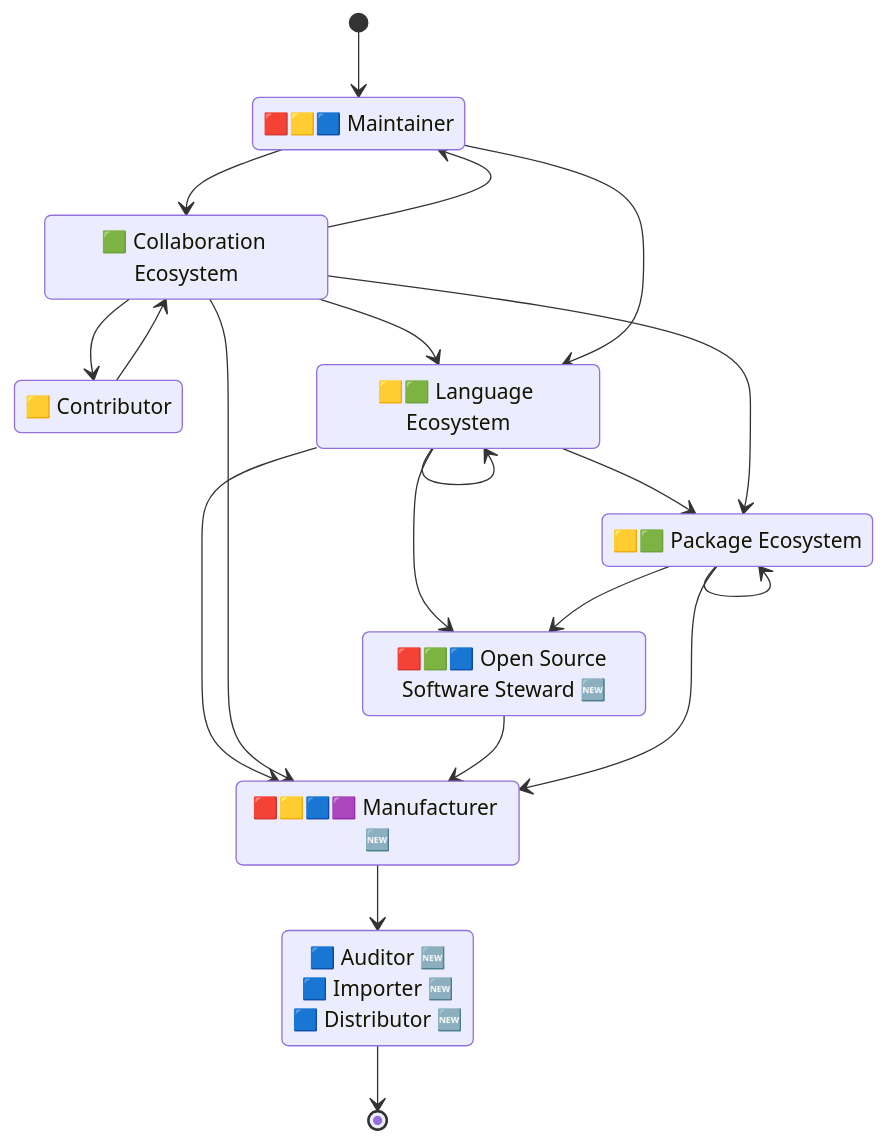
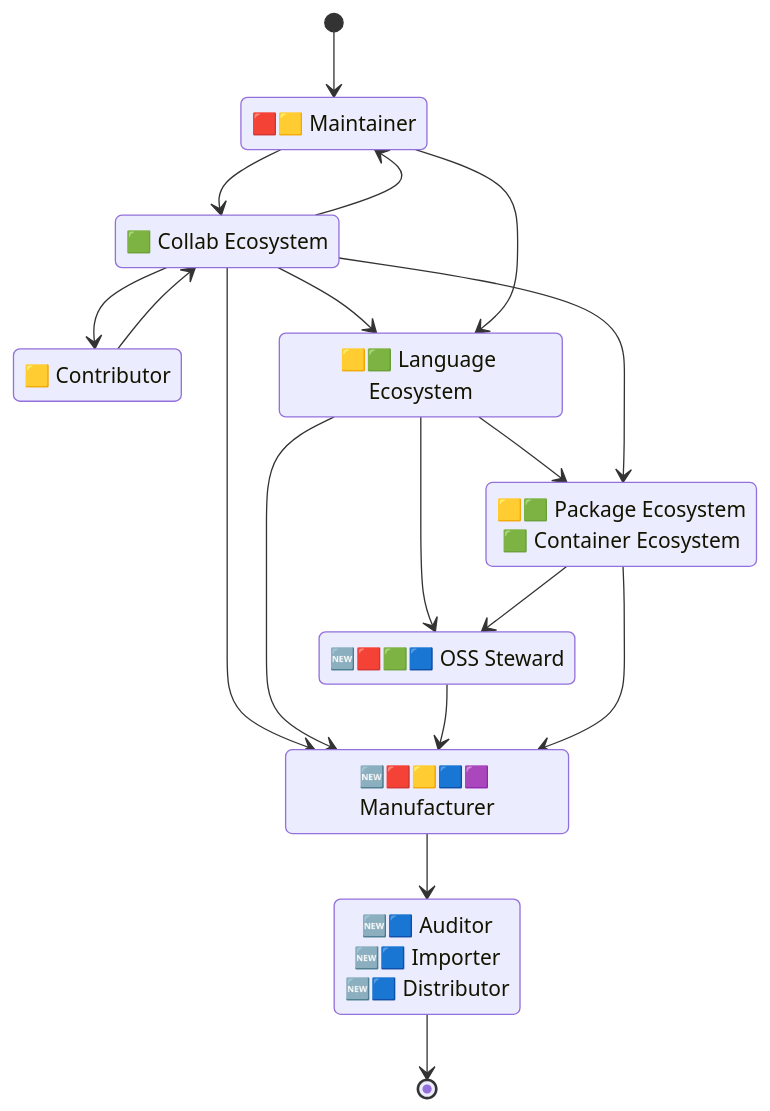
One commit to CPAN-Security/security.metacpan.org changed the second of 6 diagrams in docs/supplychain-sbom.md. Above: the diagram before and after it, drawn with Mermaid. The commit also changed other lines of this file, not shown here.

Commit message:
Simplify Graphical overview of SBOM Metadata Attributes

````diff
--- a/docs/supplychain-sbom.md
+++ b/docs/supplychain-sbom.md
@@ -126,36 +126,52 @@
 ```mermaid
 stateDiagram-v2
     direction TB
 
-    state "🟥🟨🟦 Maintainer" as environment_maintainer
+    state "🟥🟨 Maintainer" as environment_maintainer
     state "🟨 Contributor" as environment_contributor
-    state "🟩 Collaboration Ecosystem" as ecosystem_repo
+    state "🟩 Collab Ecosystem" as ecosystem_repo
     state "🟨🟩 Language Ecosystem" as ecosystem_lang
-    state "🟨🟩 Package Ecosystem" as ecosystem_package
-    state "🟥🟩🟦 Open Source Software Steward 🆕" as ecosystem_steward
-    state "🟥🟨🟦🟪 Manufacturer 🆕" as environment_manufacturer
-    state "🟦 Auditor 🆕<br>🟦 Importer 🆕<br>🟦 Distributor 🆕" as authority_auditor
+    state "🟨🟩 Package Ecosystem<br>🟩 Container Ecosystem" as ecosystem_package
+    %%state "🟨🟩 Package Ecosystem" as ecosystem_package
+    %%state "🟩 Container Ecosystem" as ecosystem_container
+    state "🆕🟥🟩🟦 OSS Steward" as ecosystem_steward
+    state "🆕🟥🟨🟦🟪 Manufacturer" as environment_manufacturer
+    state "🆕🟦 Auditor<br>🆕🟦 Importer<br>🆕🟦 Distributor" as authority_auditor
 
     [*]                      --> environment_maintainer
     ecosystem_repo           --> environment_maintainer
-    ecosystem_repo           --> environment_contributor
     ecosystem_lang           --> ecosystem_package
-    ecosystem_lang           --> environment_manufacturer
     ecosystem_repo           --> ecosystem_package
     ecosystem_repo           --> ecosystem_lang
+    %%ecosystem_repo           --> ecosystem_container
     ecosystem_repo           --> environment_manufacturer
+    ecosystem_repo           --> environment_contributor
+    environment_contributor  --> ecosystem_repo           
+    environment_maintainer   --> ecosystem_lang
     environment_maintainer   --> ecosystem_repo
-    environment_maintainer   --> ecosystem_lang
-    environment_contributor  --> ecosystem_repo
-    ecosystem_package        --> ecosystem_package
+    %%ecosystem_package        --> ecosystem_container
+    %%ecosystem_lang           --> ecosystem_container
     ecosystem_lang           --> ecosystem_steward
+    ecosystem_lang           --> environment_manufacturer
+    ecosystem_steward        --> environment_manufacturer
     ecosystem_package        --> ecosystem_steward
-    ecosystem_steward        --> environment_manufacturer
+    %%ecosystem_container      --> ecosystem_steward
     environment_manufacturer --> authority_auditor
+    %%ecosystem_container      --> environment_manufacturer
     ecosystem_package        --> environment_manufacturer
-    ecosystem_lang           --> ecosystem_lang
+    %%ecosystem_lang           --> ecosystem_lang
+    %%ecosystem_package        --> ecosystem_package
     authority_auditor        --> [*]
 
-    %% Copyright © 2024 Salve J. Nilsen <sjn@oslo.pm>
+    %%note left of environment_maintainer
+    %%  **SBOM Author…**
+    %%  🟥&nbsp;Creates
+    %%  🟨&nbsp;Contributes
+    %%  🟩&nbsp;Distributes
+    %%  🟦&nbsp;Verifies
+    %%  🟪&nbsp;Censors
+    %%end note
+
+    %% Copyright © 2025 Salve J. Nilsen <sjn@oslo.pm>
     %% Some rights reserved. Licensed CC-BY-SA-4.0
 ```
````
